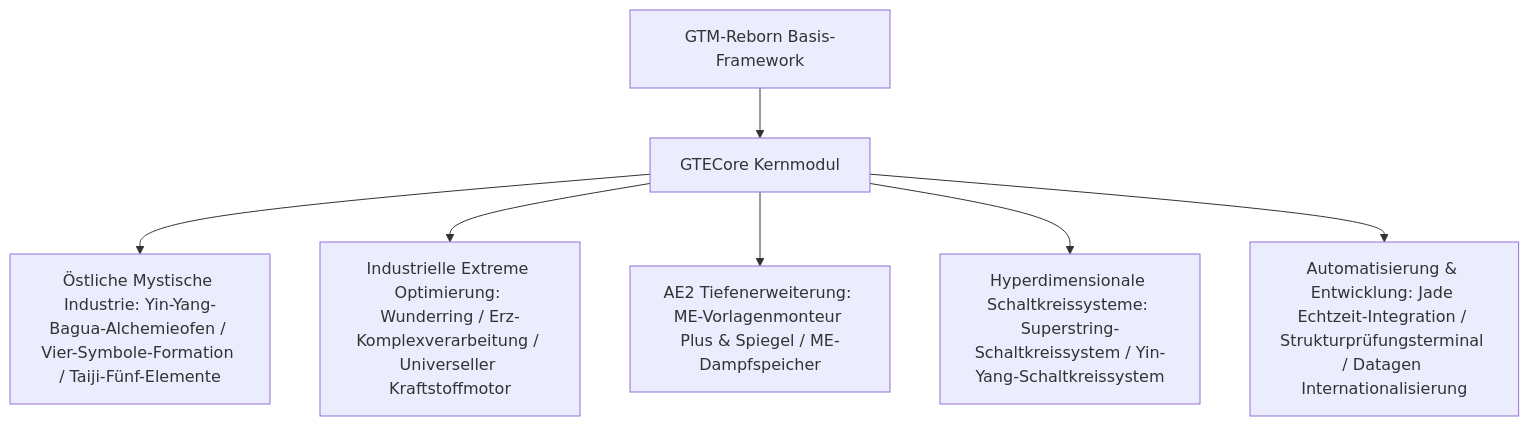
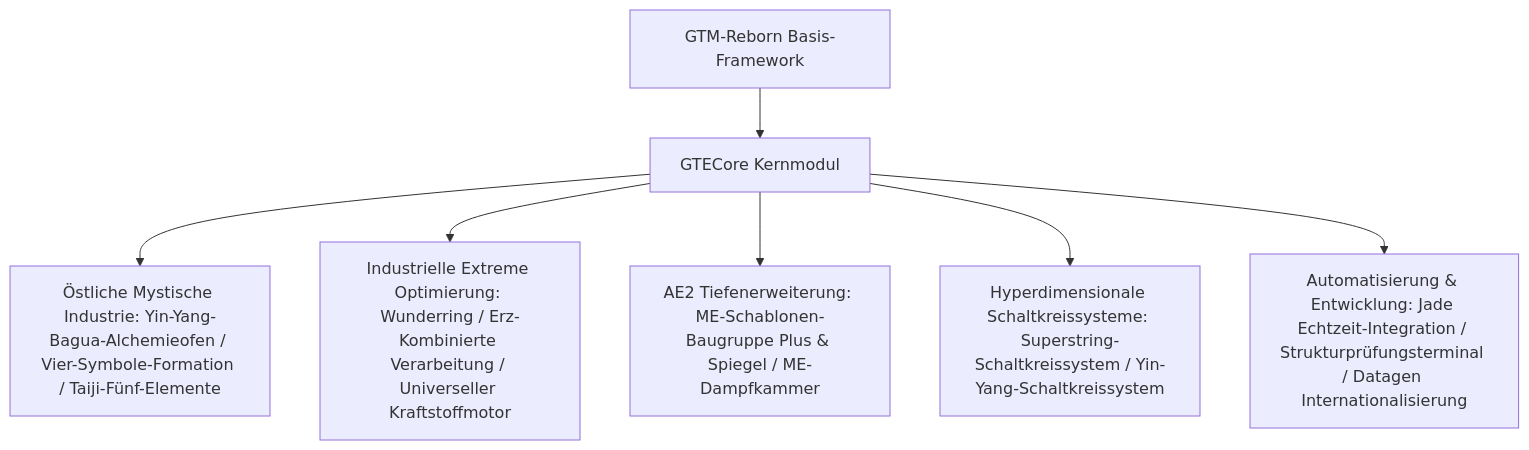
The diagram in docs/de/gtecore/overview.md (takanashisatou/GregtechEasy), drawn with Mermaid before and after one commit. The commit also changed other lines of this file and 138 other files, not shown here.

````diff
--- a/docs/de/gtecore/overview.md
+++ b/docs/de/gtecore/overview.md
@@ -9,9 +9,9 @@
 ```mermaid
 graph TD
     A[GTM-Reborn Basis-Framework] --> B[GTECore Kernmodul]
     B --> C[Östliche Mystische Industrie: Yin-Yang-Bagua-Alchemieofen / Vier-Symbole-Formation / Taiji-Fünf-Elemente]
-    B --> D[Industrielle Extreme Optimierung: Wunderring / Erz-Komplexverarbeitung / Universeller Kraftstoffmotor]
-    B --> E[AE2 Tiefenerweiterung: ME-Vorlagenmonteur Plus & Spiegel / ME-Dampfspeicher]
+    B --> D[Industrielle Extreme Optimierung: Wunderring / Erz-Kombinierte Verarbeitung / Universeller Kraftstoffmotor]
+    B --> E[AE2 Tiefenerweiterung: ME-Schablonen-Baugruppe Plus & Spiegel / ME-Dampfkammer]
     B --> F[Hyperdimensionale Schaltkreissysteme: Superstring-Schaltkreissystem / Yin-Yang-Schaltkreissystem]
     B --> G[Automatisierung & Entwicklung: Jade Echtzeit-Integration / Strukturprüfungsterminal / Datagen Internationalisierung]
 ```
````
